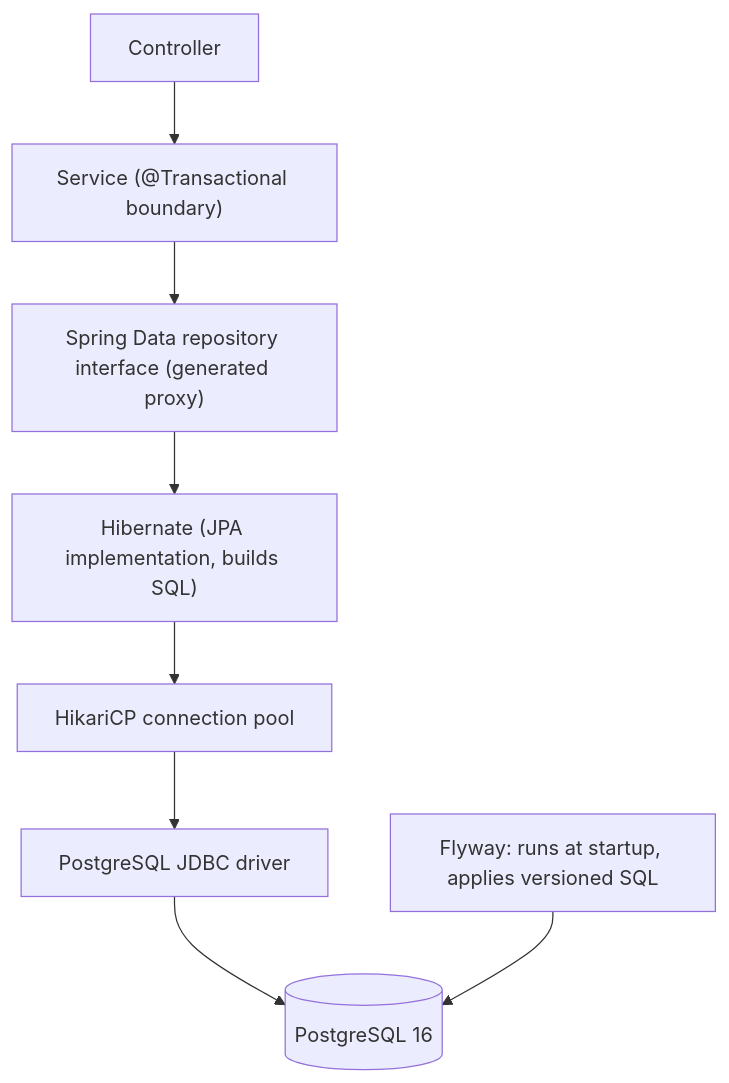
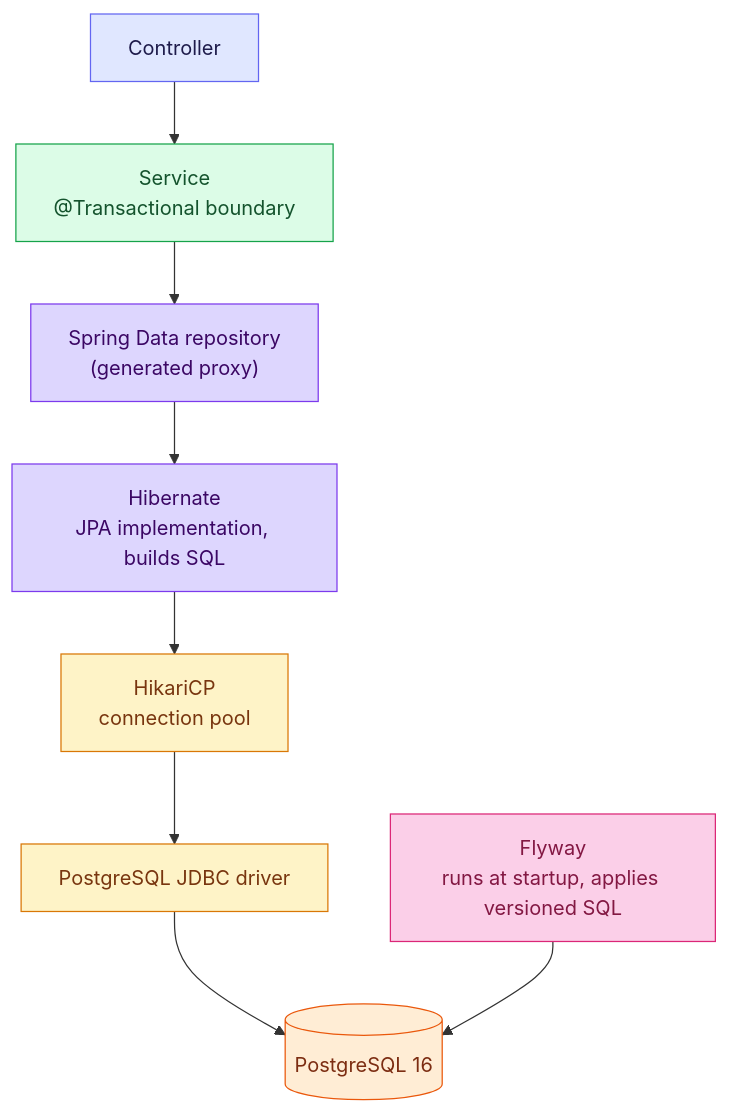
The second of 3 diagrams in content/notes/spring-boot-system-design/02-persistence/overview.md (Sriram-Karthick-k/progress-tracker), drawn with Mermaid before and after one commit. The commit also changed other lines of this file and 18 other files, not shown here.

````diff
--- a/content/notes/spring-boot-system-design/02-persistence/overview.md
+++ b/content/notes/spring-boot-system-design/02-persistence/overview.md
@@ -18,10 +53,16 @@
 ```mermaid
 flowchart TD
-  C["Controller"] --> S["Service (@Transactional boundary)"]
-  S --> R["Spring Data repository interface (generated proxy)"]
-  R --> H["Hibernate (JPA implementation, builds SQL)"]
-  H --> P["HikariCP connection pool"]
-  P --> D["PostgreSQL JDBC driver"]
-  D --> DB[("PostgreSQL 16")]
-  F["Flyway: runs at startup, applies versioned SQL"] --> DB
+  C["Controller"]:::web --> S["Service<br/>@Transactional boundary"]:::svc
+  S --> R["Spring Data repository<br/>(generated proxy)"]:::orm
+  R --> H["Hibernate<br/>JPA implementation, builds SQL"]:::orm
+  H --> P["HikariCP<br/>connection pool"]:::jdbc
+  P --> D["PostgreSQL JDBC driver"]:::jdbc
+  D --> DB[("PostgreSQL 16")]:::db
+  F["Flyway<br/>runs at startup, applies versioned SQL"]:::mig --> DB
+  classDef web fill:#e0e7ff,stroke:#6366f1,color:#1e1b4b
+  classDef svc fill:#dcfce7,stroke:#16a34a,color:#14532d
+  classDef orm fill:#ddd6fe,stroke:#7c3aed,color:#3b0764
+  classDef jdbc fill:#fef3c7,stroke:#d97706,color:#78350f
+  classDef db fill:#ffedd5,stroke:#ea580c,color:#7c2d12
+  classDef mig fill:#fbcfe8,stroke:#db2777,color:#831843
 ```
````
